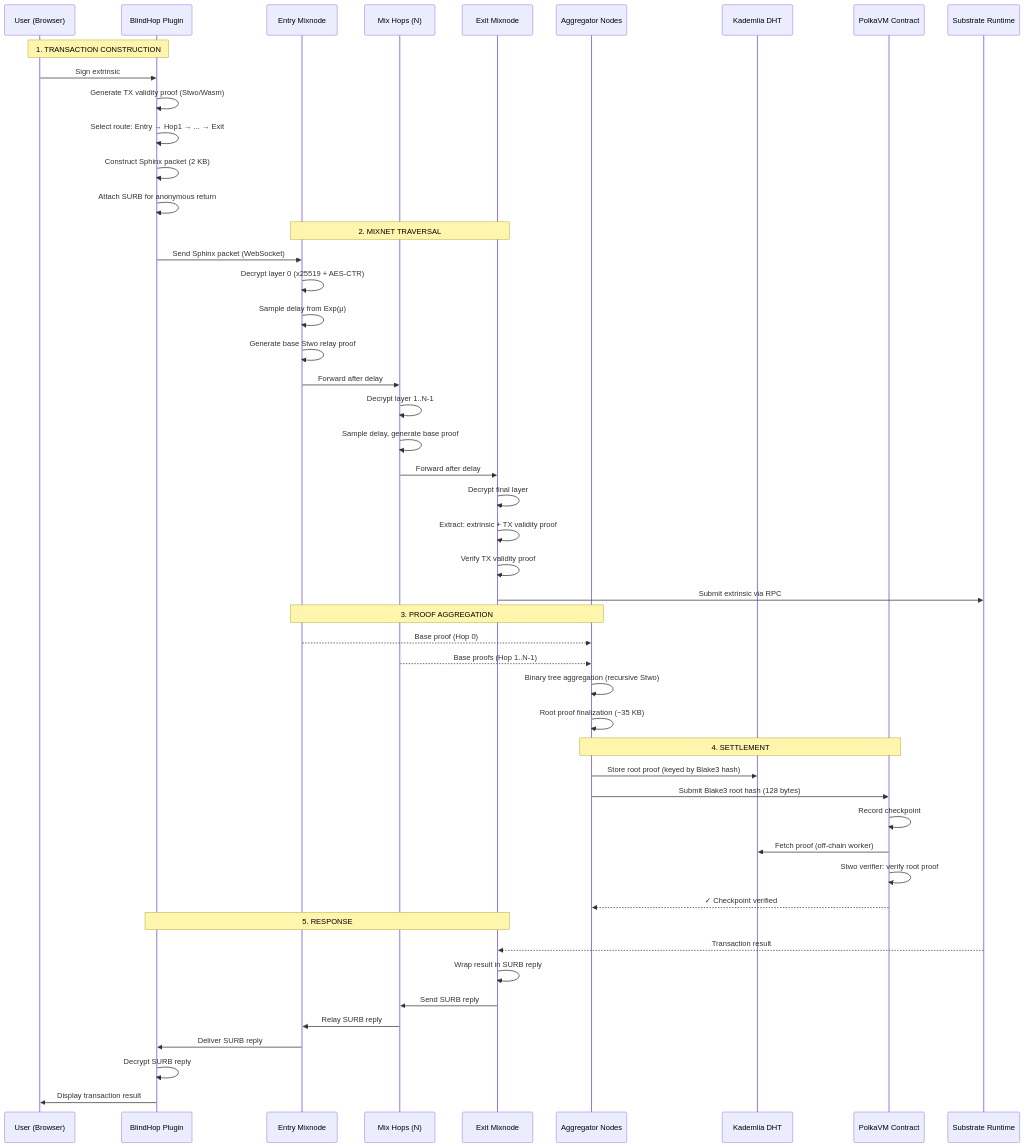
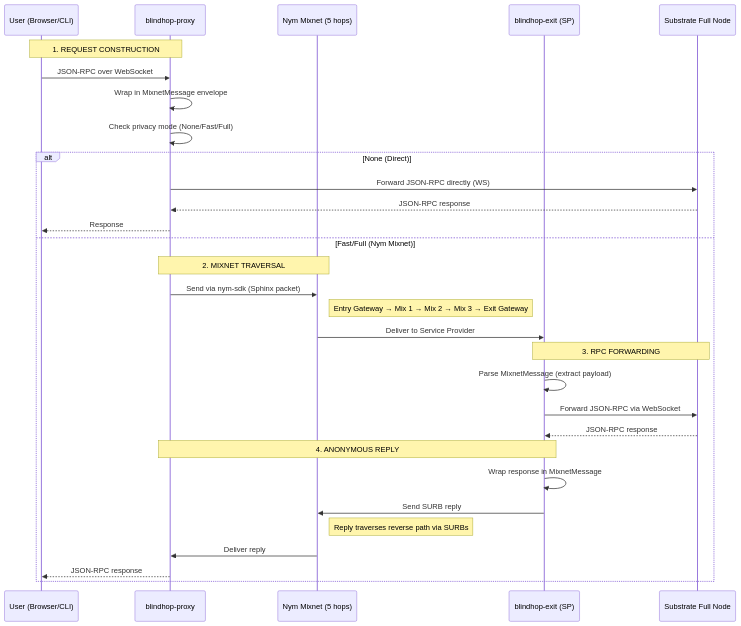
The diagram in docs/docs/architecture/data-flow.md (BlindHop/BlindHop), drawn with Mermaid before and after one commit. The commit also changed other lines of this file and 121 other files, not shown here.

First line of the commit message:
feat!: pivot MVP to Nym mixnet with browser-embedded Wasm client

````diff
--- a/docs/docs/architecture/data-flow.md
+++ b/docs/docs/architecture/data-flow.md
@@ -12,58 +12,37 @@
 ```mermaid
 sequenceDiagram
-    participant User as User (Browser)
-    participant Edge as BlindHop Plugin
-    participant Entry as Entry Mixnode
-    participant Hops as Mix Hops (N)
-    participant Exit as Exit Mixnode
-    participant Agg as Aggregator Nodes
-    participant DHT as Kademlia DHT
-    participant Chain as PolkaVM Contract
-    participant Runtime as Substrate Runtime
+    participant User as User (Browser/CLI)
+    participant Proxy as blindhop-proxy
+    participant Nym as Nym Mixnet (5 hops)
+    participant Exit as blindhop-exit (SP)
+    participant Node as Substrate Full Node
 
-    Note over User,Edge: 1. TRANSACTION CONSTRUCTION
-    User->>Edge: Sign extrinsic
-    Edge->>Edge: Generate TX validity proof (Stwo/Wasm)
-    Edge->>Edge: Select route: Entry → Hop1 → ... → Exit
-    Edge->>Edge: Construct Sphinx packet (2 KB)
-    Edge->>Edge: Attach SURB for anonymous return
+    Note over User,Proxy: 1. REQUEST CONSTRUCTION
+    User->>Proxy: JSON-RPC over WebSocket
+    Proxy->>Proxy: Wrap in MixnetMessage envelope
+    Proxy->>Proxy: Check privacy mode (None/Fast/Full)
 
-    Note over Entry,Exit: 2. MIXNET TRAVERSAL
-    Edge->>Entry: Send Sphinx packet (WebSocket)
-    Entry->>Entry: Decrypt layer 0 (x25519 + AES-CTR)
-    Entry->>Entry: Sample delay from Exp(μ)
-    Entry->>Entry: Generate base Stwo relay proof
-    Entry->>Hops: Forward after delay
+    alt None (Direct)
+        Proxy->>Node: Forward JSON-RPC directly (WS)
+        Node-->>Proxy: JSON-RPC response
+        Proxy-->>User: Response
+    else Fast/Full (Nym Mixnet)
+        Note over Proxy,Nym: 2. MIXNET TRAVERSAL
+        Proxy->>Nym: Send via nym-sdk (Sphinx packet)
+        Note right of Nym: Entry Gateway → Mix 1 → Mix 2 → Mix 3 → Exit Gateway
+        Nym->>Exit: Deliver to Service Provider
 
-    Hops->>Hops: Decrypt layer 1..N-1
-    Hops->>Hops: Sample delay, generate base proof
-    Hops->>Exit: Forward after delay
+        Note over Exit,Node: 3. RPC FORWARDING
+        Exit->>Exit: Parse MixnetMessage (extract payload)
+        Exit->>Node: Forward JSON-RPC via WebSocket
+        Node-->>Exit: JSON-RPC response
 
-    Exit->>Exit: Decrypt final layer
-    Exit->>Exit: Extract: extrinsic + TX validity proof
-    Exit->>Exit: Verify TX validity proof
-    Exit->>Runtime: Submit extrinsic via RPC
+        Note over Exit,Proxy: 4. ANONYMOUS REPLY
+        Exit->>Exit: Wrap response in MixnetMessage
+        Exit->>Nym: Send SURB reply
+        Note right of Nym: Reply traverses reverse path via SURBs
+        Nym->>Proxy: Deliver reply
 
-    Note over Entry,Agg: 3. PROOF AGGREGATION
-    Entry-->>Agg: Base proof (Hop 0)
-    Hops-->>Agg: Base proofs (Hop 1..N-1)
-    Agg->>Agg: Binary tree aggregation (recursive Stwo)
-    Agg->>Agg: Root proof finalization (~35 KB)
-
-    Note over Agg,Chain: 4. SETTLEMENT
-    Agg->>DHT: Store root proof (keyed by Blake3 hash)
-    Agg->>Chain: Submit Blake3 root hash (128 bytes)
-    Chain->>Chain: Record checkpoint
-    Chain->>DHT: Fetch proof (off-chain worker)
-    Chain->>Chain: Stwo verifier: verify root proof
-    Chain-->>Agg: ✓ Checkpoint verified
-
-    Note over Exit,Edge: 5. RESPONSE
-    Runtime-->>Exit: Transaction result
-    Exit->>Exit: Wrap result in SURB reply
-    Exit->>Hops: Send SURB reply
-    Hops->>Entry: Relay SURB reply
-    Entry->>Edge: Deliver SURB reply
-    Edge->>Edge: Decrypt SURB reply
-    Edge->>User: Display transaction result
+        Proxy-->>User: JSON-RPC response
+    end
 ```
````
